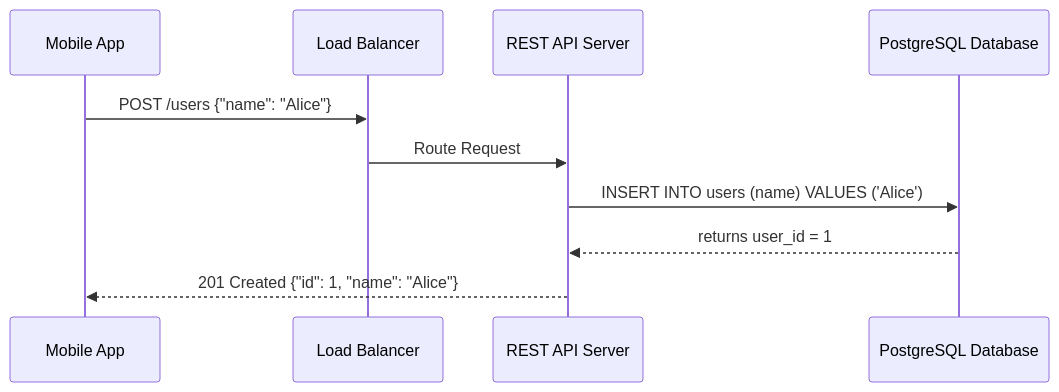
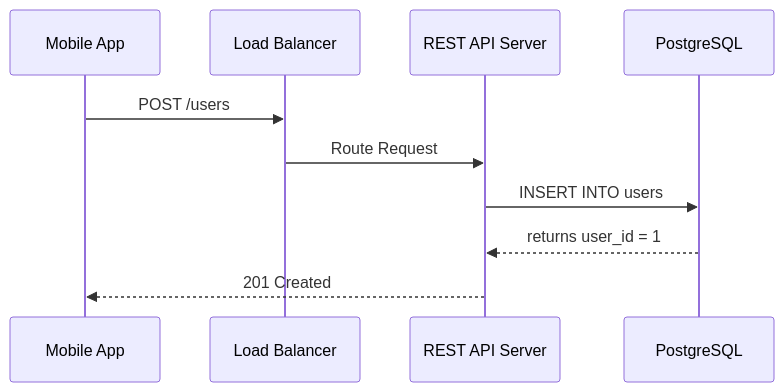
Before and after one commit to AkiebNazir/engineering-guide: the second of 2 diagrams in API/REST/Theory.md, drawn with Mermaid. The commit also changed other lines of this file and 170 other files, not shown here.

````diff
--- a/API/REST/Theory.md
+++ b/API/REST/Theory.md
@@ -424,13 +419,12 @@
 ```mermaid
 sequenceDiagram
-    participant Client as Mobile App
+    participant C as Mobile App
     participant LB as Load Balancer
     participant API as REST API Server
-    participant DB as PostgreSQL Database
-
-    Client->>LB: POST /users {"name": "Alice"}
+    participant DB as PostgreSQL
+    C->>LB: POST /users
     LB->>API: Route Request
-    API->>DB: INSERT INTO users (name) VALUES ('Alice')
+    API->>DB: INSERT INTO users
     DB-->>API: returns user_id = 1
-    API-->>Client: 201 Created {"id": 1, "name": "Alice"}
+    API-->>C: 201 Created
 ```
````
